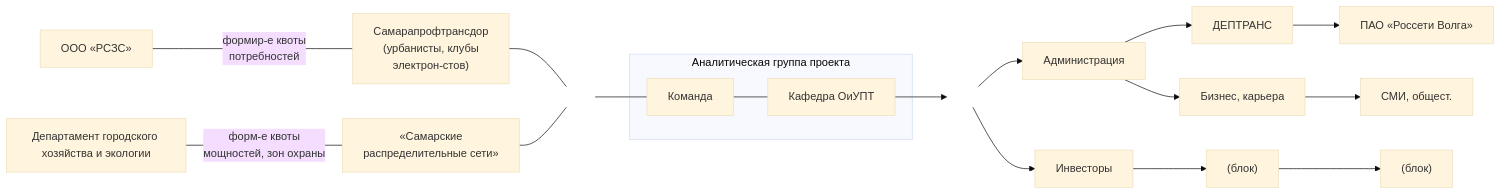
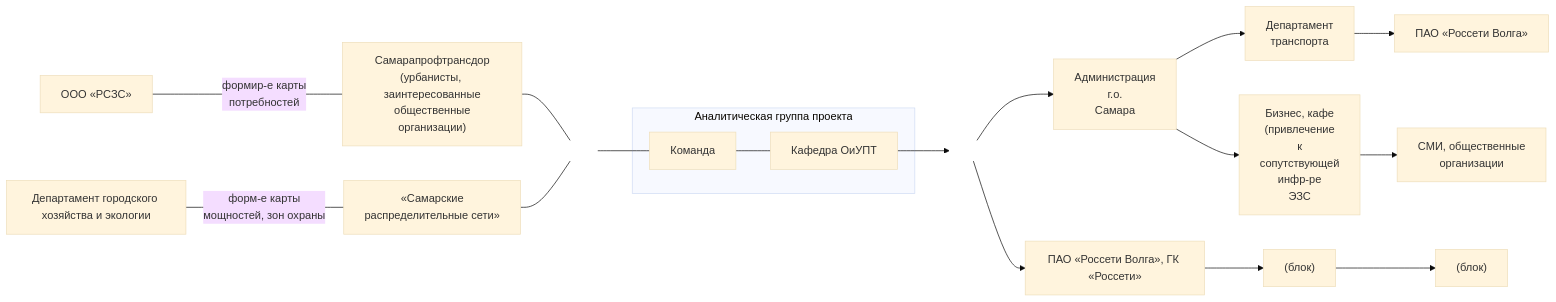
The diagram in README.md (dddaria859/GGG), drawn with Mermaid (base theme) before and after one commit.

````diff
--- a/README.md
+++ b/README.md
@@ -1,47 +1,47 @@
 ```mermaid
 flowchart LR
     F1["ООО «РСЗС»"]
-    O1["Самарапрофтрансдор<br/>(урбанисты, клубы<br/>электрон-стов)"]
+    O1["Самарапрофтрансдор<br/>(урбанисты, заинтересованные<br/>общественные<br/>организации)"]
     F2["Департамент городского хозяйства и экологии"]
     SRS["«Самарские<br/>распределительные сети»"]
 
     J[" "]
 
     subgraph CORE["Аналитическая группа проекта"]
         TEAM["Команда"]
         CAREER["Кафедра ОиУПТ"]
         TEAM --- CAREER
     end
 
     NODE1[" "]
-    ADM["Администрация"]
-    F3["ДЕПТРАНС"]
+    ADM["Администрация<br/>г.о.<br/>Самара"]
+    F3["Департамент<br/>транспорта"]
     EN["ПАО «Россети Волга»"]
-    BIZ["Бизнес, карьера"]
-    SNIP["СМИ, общест."]
-    INV["Инвесторы"]
+    BIZ["Бизнес, кафе<br/>(привлечение<br/>к<br/>сопутствующей<br/>инфр-ре<br/>ЭЗС"]
+    SNIP["СМИ, общественные<br/>организации"]
+    INV["ПАО «Россети Волга», ГК «Россети»"]
     EMPTY1["(блок)"]
     EMPTY2["(блок)"]
 
-    F1 ---|"формир-е квоты<br/>потребностей"| O1 --- J
-    F2 ---|"форм-е квоты<br/>мощностей, зон охраны"| SRS --- J
+    F1 ---|"формир-е карты<br/>потребностей"| O1 --- J
+    F2 ---|"форм-е карты<br/>мощностей, зон охраны"| SRS --- J
     J --- TEAM
 
     %% Одна линия из кафедры до точки разветвления
     CAREER --> NODE1
     
     %% Разветвление на два блока на одинаковом уровне
     NODE1 --> ADM
     NODE1 --> INV
     
     %% Разветвление от Администрации на две ветки
     ADM --> F3 --> EN
     ADM --> BIZ --> SNIP
 
     %% Одна линия от Инвесторов
     INV --> EMPTY1 --> EMPTY2
 
     classDef hidden fill:none,stroke:none;
     J:::hidden;
     NODE1:::hidden;
 ```
````
